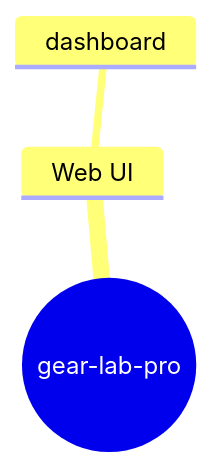
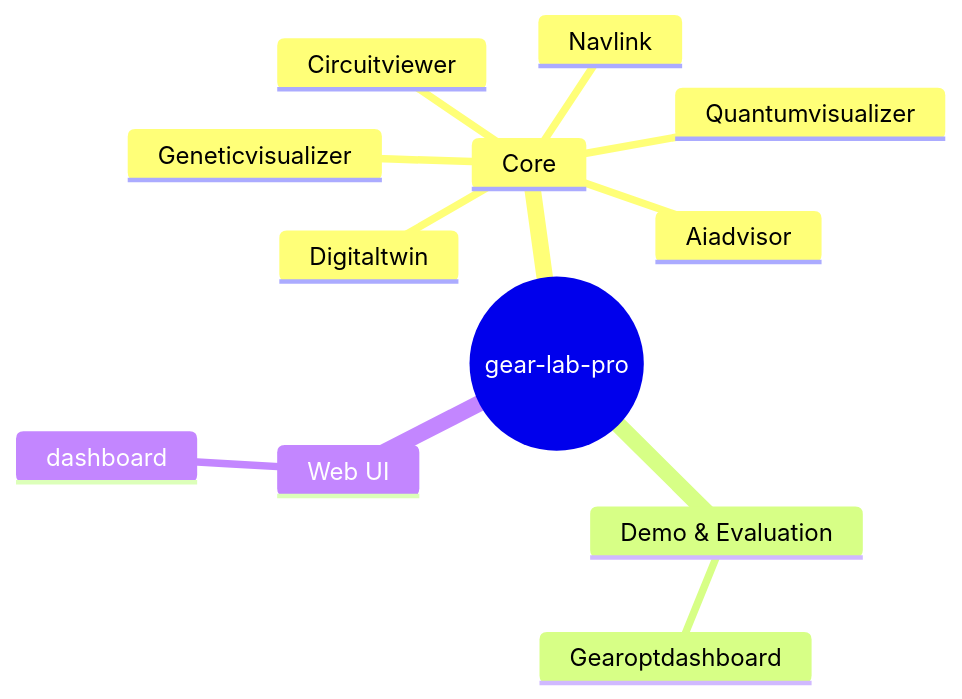
The fourth of 4 diagrams in README.md (Punyamittal/gear-lab-pro), drawn with Mermaid before and after one commit. The commit also changed other lines of this file, not shown here.

````diff
--- a/README.md
+++ b/README.md
@@ -191,6 +179,15 @@
 ```mermaid
 mindmap
   root((gear-lab-pro))
+    Core
+      Aiadvisor
+      Circuitviewer
+      Digitaltwin
+      Geneticvisualizer
+      Navlink
+      Quantumvisualizer
+    Demo & Evaluation
+      Gearoptdashboard
     Web UI
       dashboard
 ```
````
